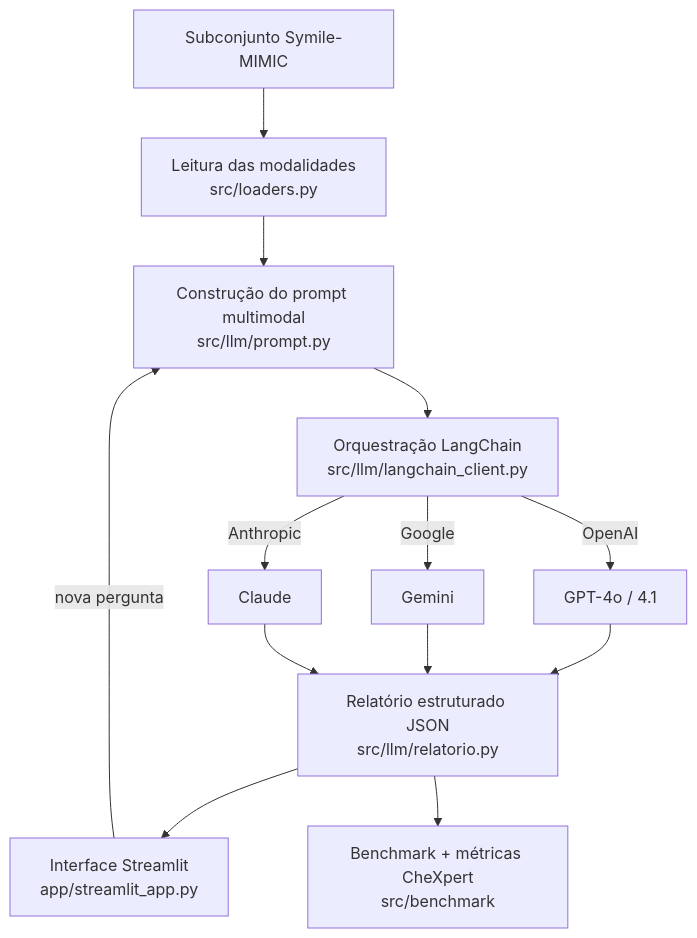
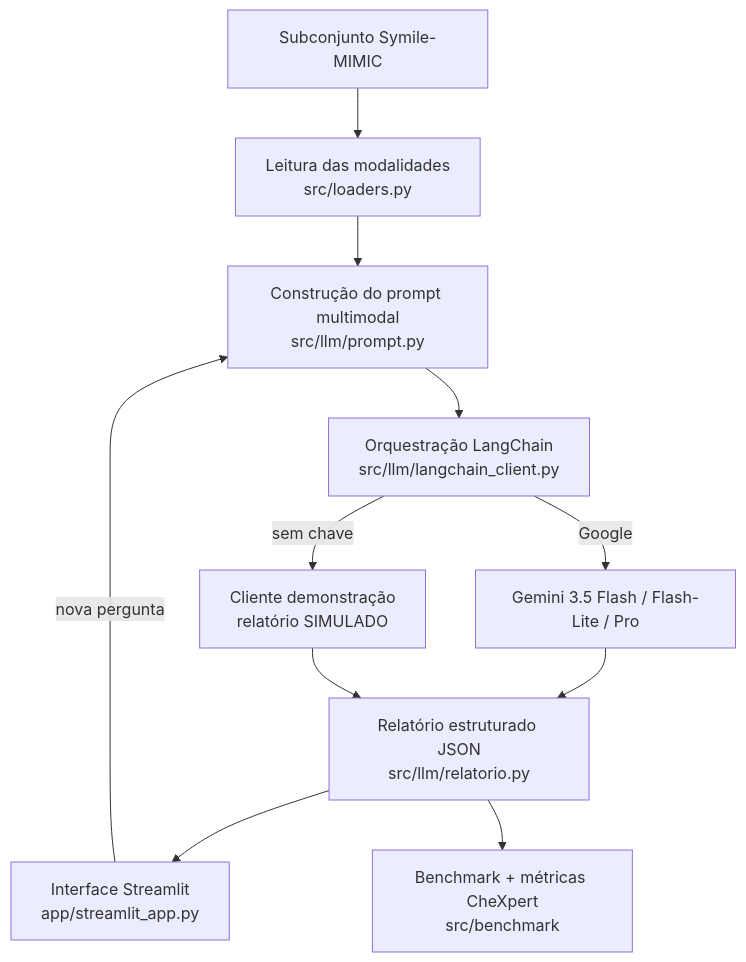
Before and after one commit to joaogaabriell/clinicalfusion-tecomp: the diagram in docs/07-relatorio-tecnico.md, drawn with Mermaid. The commit also changed other lines of this file and 28 other files, not shown here.

````diff
--- a/docs/07-relatorio-tecnico.md
+++ b/docs/07-relatorio-tecnico.md
@@ -116,13 +116,12 @@
 ```mermaid
 flowchart TD
     A[Subconjunto Symile-MIMIC] --> B[Leitura das modalidades<br/>src/loaders.py]
     B --> C[Construção do prompt multimodal<br/>src/llm/prompt.py]
     C --> D[Orquestração LangChain<br/>src/llm/langchain_client.py]
-    D -->|OpenAI| E[GPT-4o / 4.1]
-    D -->|Google| F[Gemini]
-    D -->|Anthropic| G[Claude]
-    E & F & G --> H[Relatório estruturado JSON<br/>src/llm/relatorio.py]
+    D -->|Google| F[Gemini 3.5 Flash / Flash-Lite / Pro]
+    D -->|sem chave| G[Cliente demonstração<br/>relatório SIMULADO]
+    F & G --> H[Relatório estruturado JSON<br/>src/llm/relatorio.py]
     H --> I[Interface Streamlit<br/>app/streamlit_app.py]
     H --> J[Benchmark + métricas CheXpert<br/>src/benchmark]
     I -->|nova pergunta| C
 ```
````
